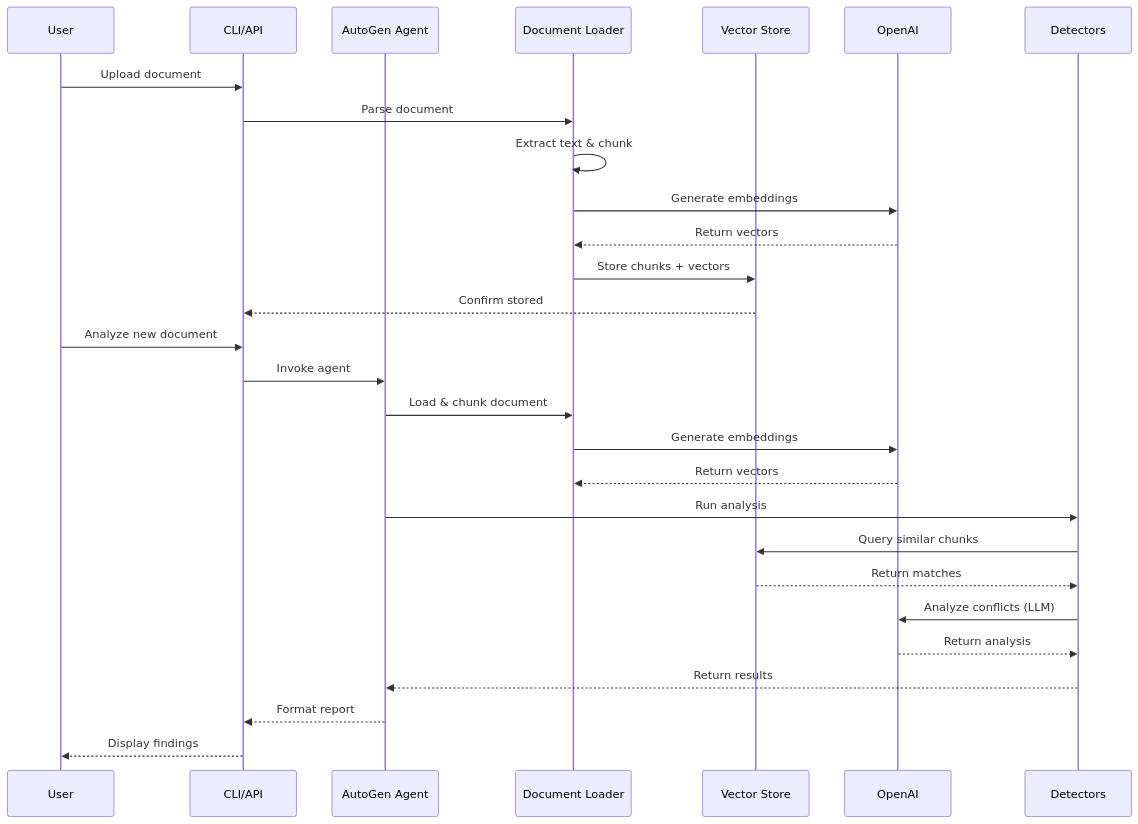
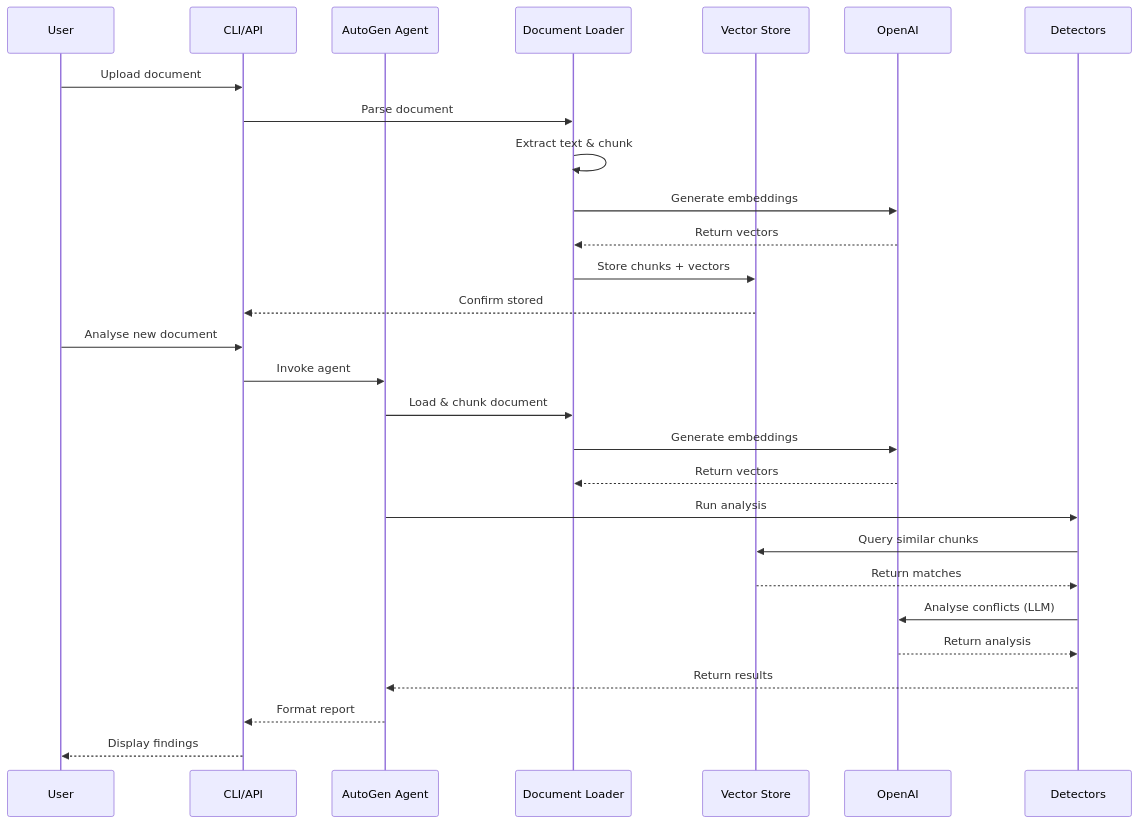
Before and after one commit to 1solation/conflict-duplication-detector: the second of 2 diagrams in README.md, drawn with Mermaid. The commit also changed other lines of this file and 5 other files, not shown here.

````diff
--- a/README.md
+++ b/README.md
@@ -218,32 +218,32 @@
 ```mermaid
 sequenceDiagram
     participant U as User
     participant CLI as CLI/API
     participant A as AutoGen Agent
     participant L as Document Loader
     participant V as Vector Store
     participant O as OpenAI
     participant D as Detectors
 
     U->>CLI: Upload document
     CLI->>L: Parse document
     L->>L: Extract text & chunk
     L->>O: Generate embeddings
     O-->>L: Return vectors
     L->>V: Store chunks + vectors
     V-->>CLI: Confirm stored
 
-    U->>CLI: Analyze new document
+    U->>CLI: Analyse new document
     CLI->>A: Invoke agent
     A->>L: Load & chunk document
     L->>O: Generate embeddings
     O-->>L: Return vectors
     A->>D: Run analysis
     D->>V: Query similar chunks
     V-->>D: Return matches
-    D->>O: Analyze conflicts (LLM)
+    D->>O: Analyse conflicts (LLM)
     O-->>D: Return analysis
     D-->>A: Return results
     A-->>CLI: Format report
     CLI-->>U: Display findings
 ```
````
